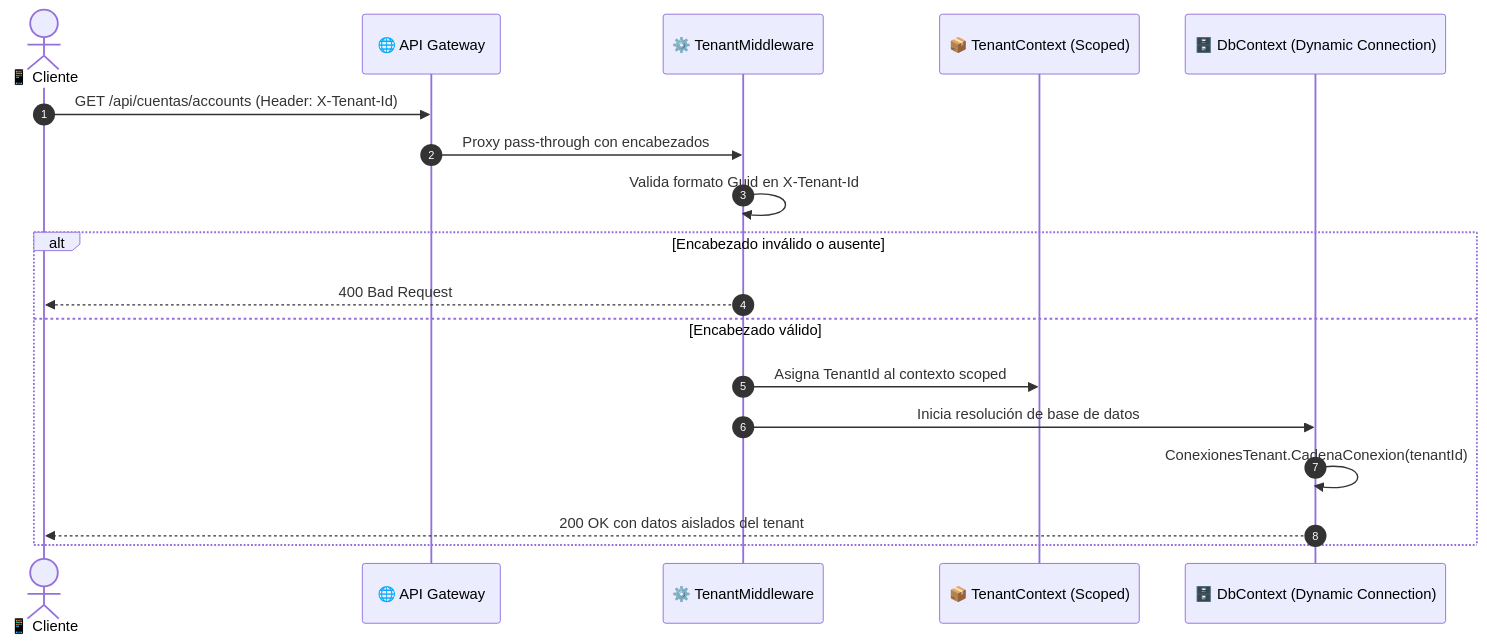
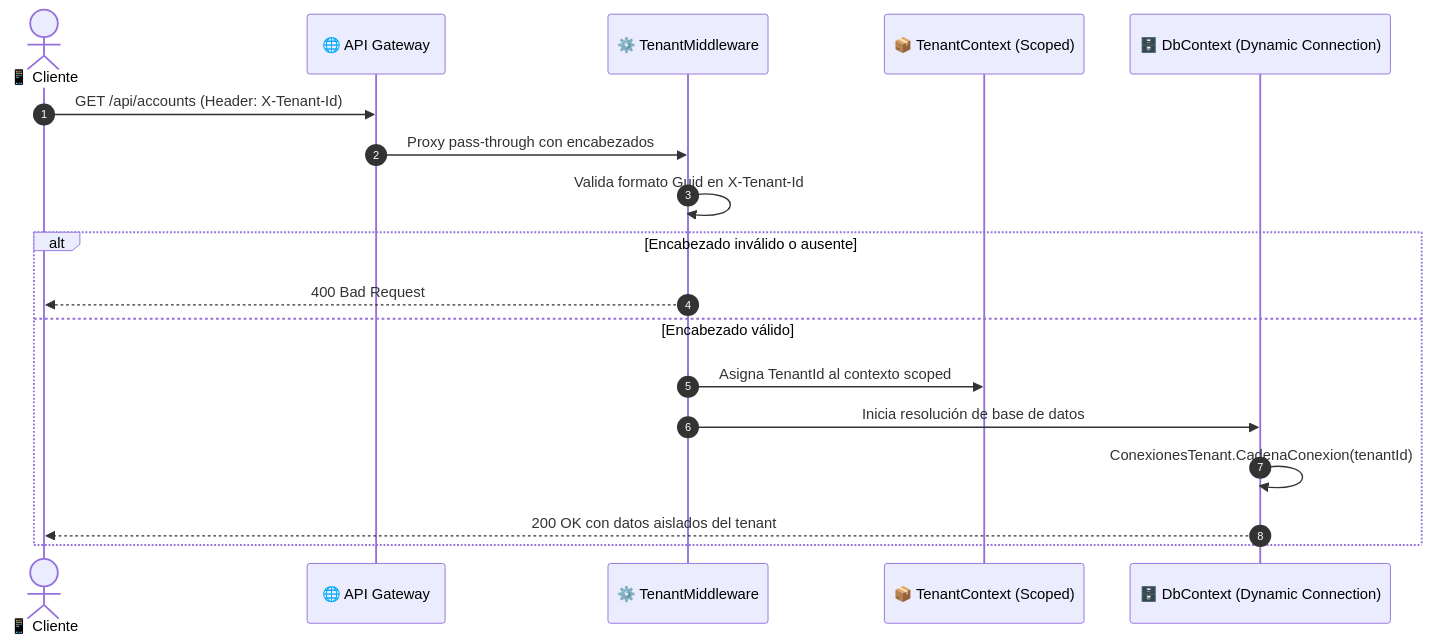
Before and after one commit to Petra761/Tuki: the second of 3 diagrams in README.md, drawn with Mermaid. The commit also changed other lines of this file and 5 other files, not shown here.

Commit message:
docs: actualizar diagramas y documentación tras la reestructuración

````diff
--- a/README.md
+++ b/README.md
@@ -128,21 +128,21 @@
 ```mermaid
 sequenceDiagram
     autonumber
     actor Cliente as 📱 Cliente
     participant GW as 🌐 API Gateway
     participant MW as ⚙️ TenantMiddleware
     participant CTX as 📦 TenantContext (Scoped)
     participant DB as 🗄️ DbContext (Dynamic Connection)
 
-    Cliente->>GW: GET /api/cuentas/accounts (Header: X-Tenant-Id)
+    Cliente->>GW: GET /api/accounts (Header: X-Tenant-Id)
     GW->>MW: Proxy pass-through con encabezados
     MW->>MW: Valida formato Guid en X-Tenant-Id
     alt Encabezado inválido o ausente
         MW-->>Cliente: 400 Bad Request
     else Encabezado válido
         MW->>CTX: Asigna TenantId al contexto scoped
         MW->>DB: Inicia resolución de base de datos
         DB->>DB: ConexionesTenant.CadenaConexion(tenantId)
         DB-->>Cliente: 200 OK con datos aislados del tenant
     end
 ```
````
